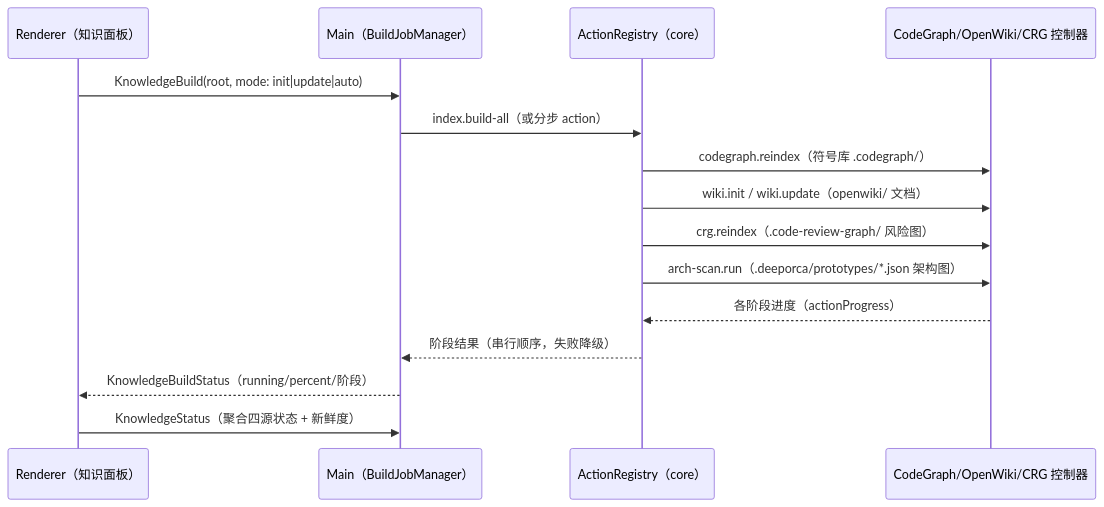
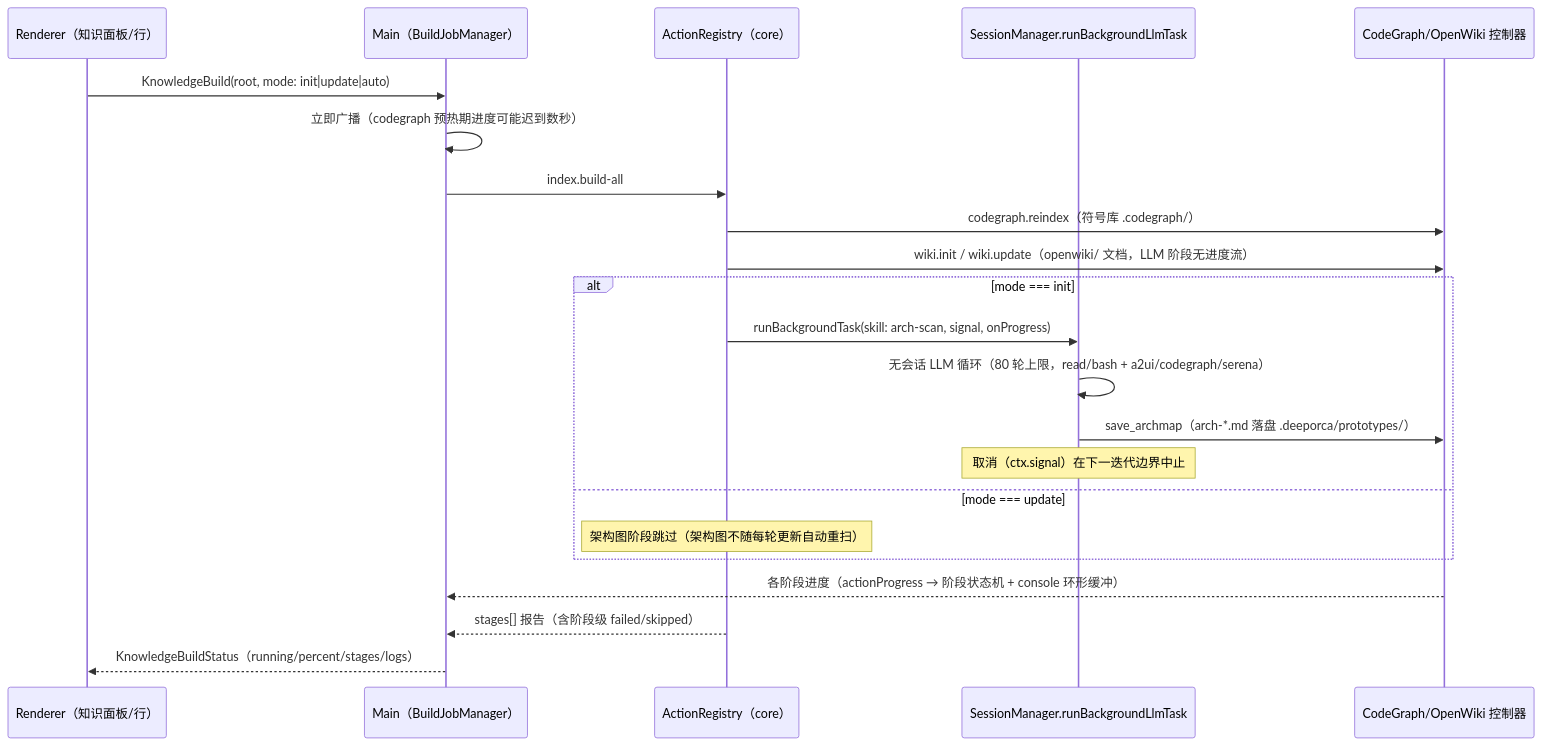
One commit to d2rabbit/deepOrca changed the diagram in openwiki/workflows/knowledge-build.md. Above: the diagram before and after it, drawn with Mermaid. The commit also changed other lines of this file and 70 other files, not shown here.

````diff
--- a/openwiki/workflows/knowledge-build.md
+++ b/openwiki/workflows/knowledge-build.md
@@ -12,18 +12,25 @@
 ```mermaid
 sequenceDiagram
-    participant R as Renderer（知识面板）
+    participant R as Renderer（知识面板/行）
     participant M as Main（BuildJobManager）
     participant A as ActionRegistry（core）
-    participant C as CodeGraph/OpenWiki/CRG 控制器
+    participant B as SessionManager.runBackgroundLlmTask
+    participant C as CodeGraph/OpenWiki 控制器
 
     R->>M: KnowledgeBuild(root, mode: init|update|auto)
-    M->>A: index.build-all（或分步 action）
+    M->>M: 立即广播（codegraph 预热期进度可能迟到数秒）
+    M->>A: index.build-all
     A->>C: codegraph.reindex（符号库 .codegraph/）
-    A->>C: wiki.init / wiki.update（openwiki/ 文档）
-    A->>C: crg.reindex（.code-review-graph/ 风险图）
-    A->>C: arch-scan.run（.deeporca/prototypes/*.json 架构图）
-    C-->>A: 各阶段进度（actionProgress）
-    A-->>M: 阶段结果（串行顺序，失败降级）
-    M-->>R: KnowledgeBuildStatus（running/percent/阶段）
-    R->>M: KnowledgeStatus（聚合四源状态 + 新鲜度）
+    A->>C: wiki.init / wiki.update（openwiki/ 文档，LLM 阶段无进度流）
+    alt mode === init
+        A->>B: runBackgroundTask(skill: arch-scan, signal, onProgress)
+        B->>B: 无会话 LLM 循环（80 轮上限，read/bash + a2ui/codegraph/serena）
+        B->>C: save_archmap（arch-*.md 落盘 .deeporca/prototypes/）
+        Note over B: 取消（ctx.signal）在下一迭代边界中止
+    else mode === update
+        Note over A: 架构图阶段跳过（架构图不随每轮更新自动重扫）
+    end
+    C-->>M: 各阶段进度（actionProgress → 阶段状态机 + console 环形缓冲）
+    A-->>M: stages[] 报告（含阶段级 failed/skipped）
+    M-->>R: KnowledgeBuildStatus（running/percent/stages/logs）
 ```
````
